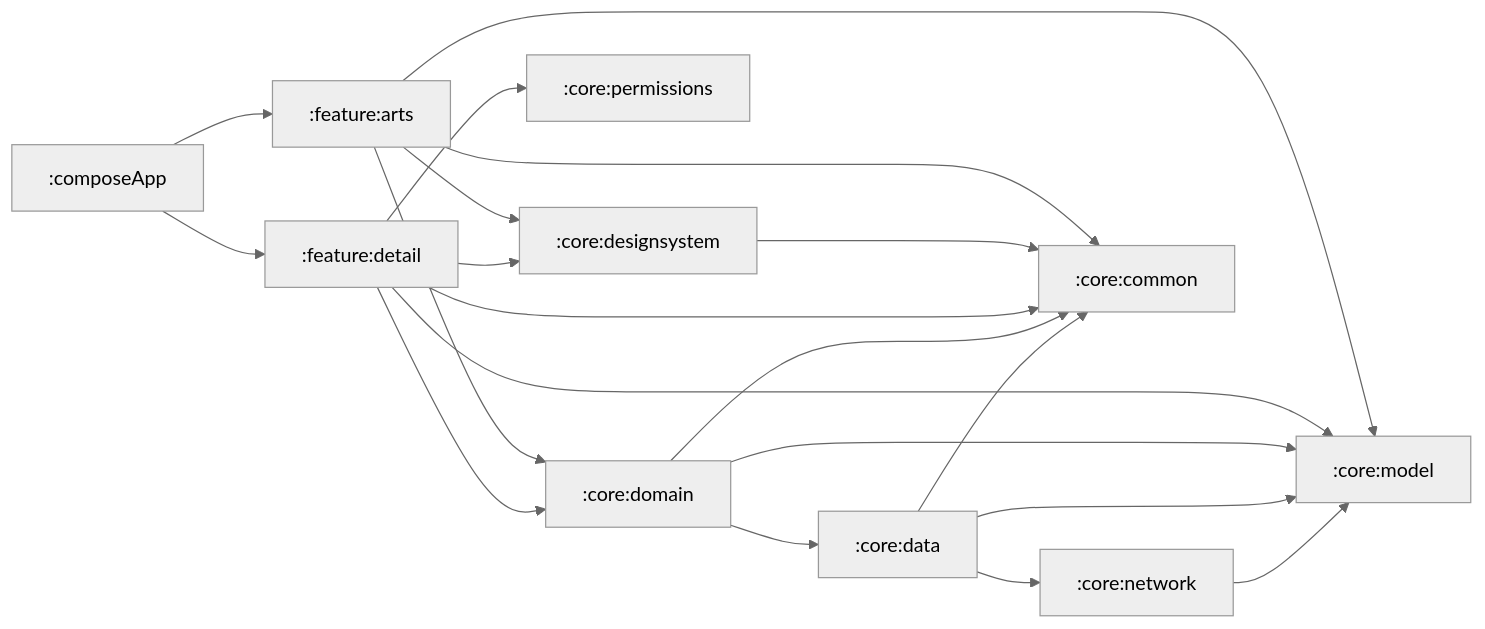
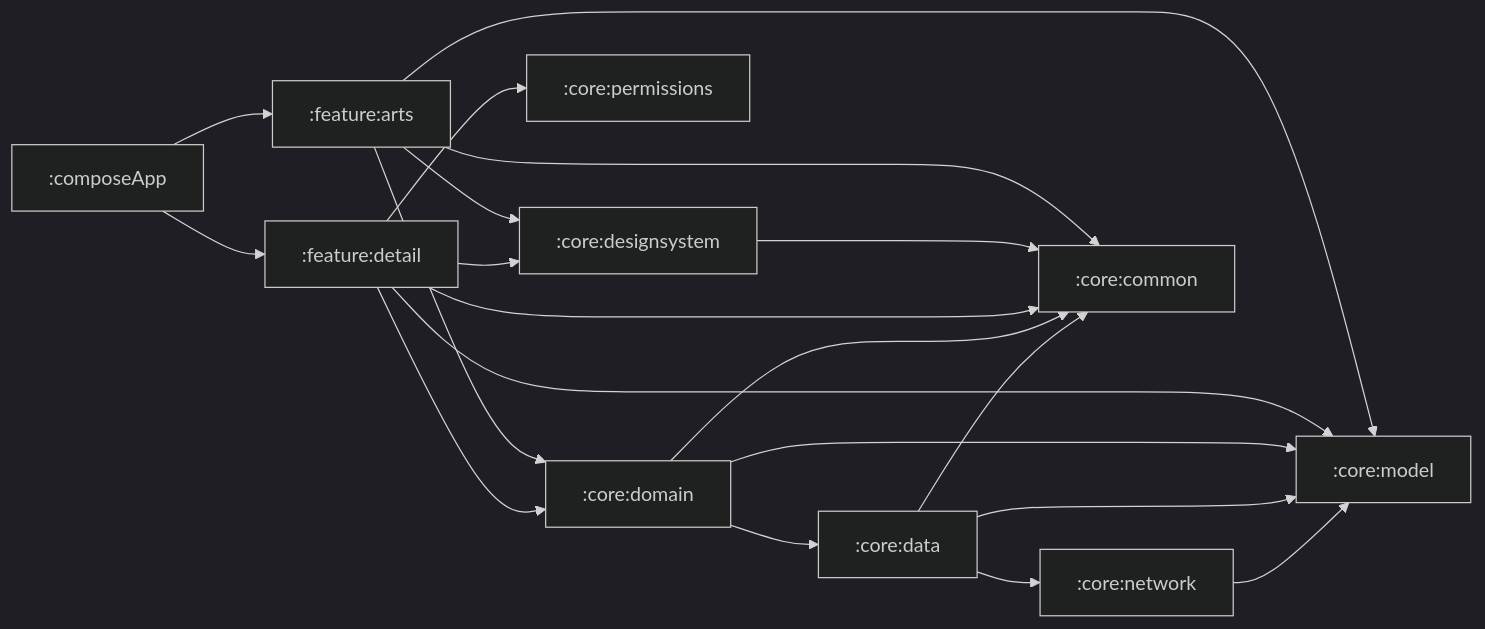
Before and after one commit to fethij/Rijksmuseum: the diagram in README.md, drawn with Mermaid. The commit also changed 1 other file, not shown here.

Commit message:
update module graph

````diff
--- a/README.md
+++ b/README.md
@@ -89,28 +89,28 @@
 ```mermaid
 %%{
   init: {
-    'theme': 'neutral'
+    'theme': 'dark'
   }
 }%%
 
 graph LR
   :composeApp --> :feature:arts
   :composeApp --> :feature:detail
   :core:network --> :core:model
   :core:data --> :core:common
   :core:data --> :core:network
   :core:data --> :core:model
   :core:domain --> :core:common
   :core:domain --> :core:data
   :core:domain --> :core:model
   :feature:detail --> :core:common
   :feature:detail --> :core:model
   :feature:detail --> :core:permissions
   :feature:detail --> :core:domain
   :feature:detail --> :core:designsystem
   :core:designsystem --> :core:common
   :feature:arts --> :core:common
   :feature:arts --> :core:domain
   :feature:arts --> :core:model
   :feature:arts --> :core:designsystem
 ```
````
